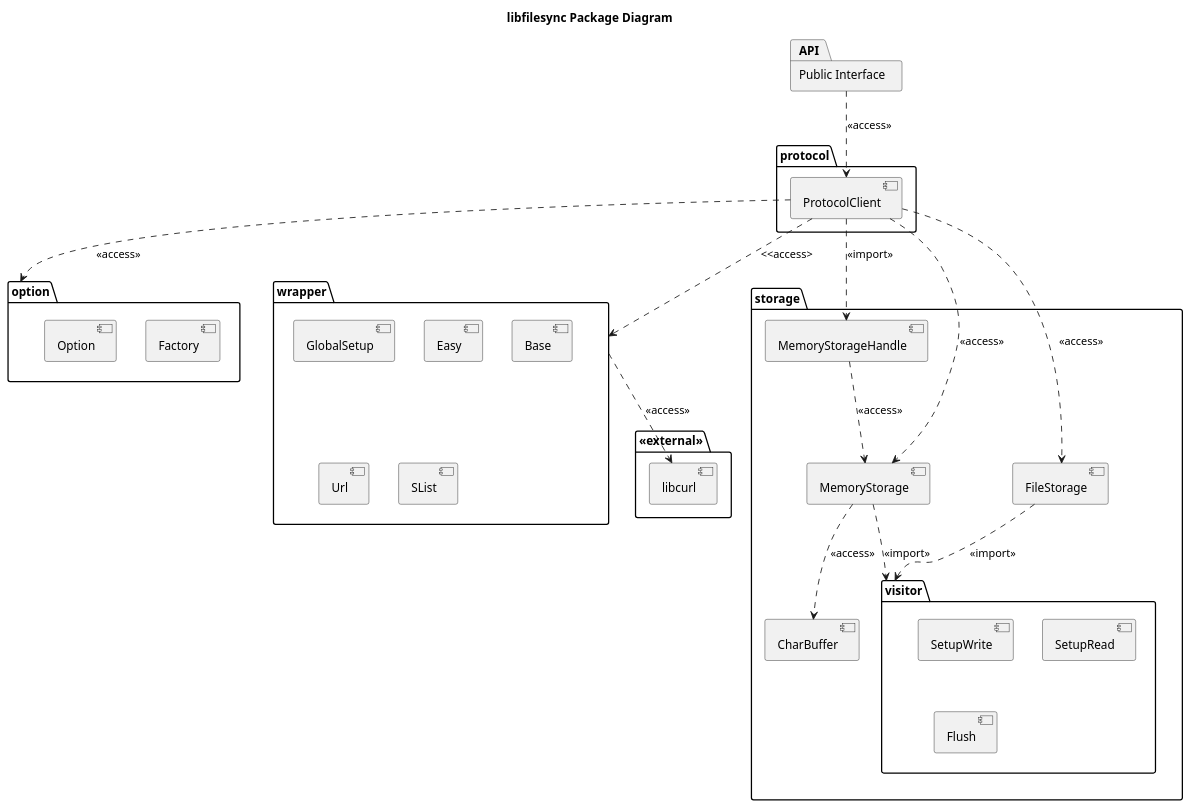
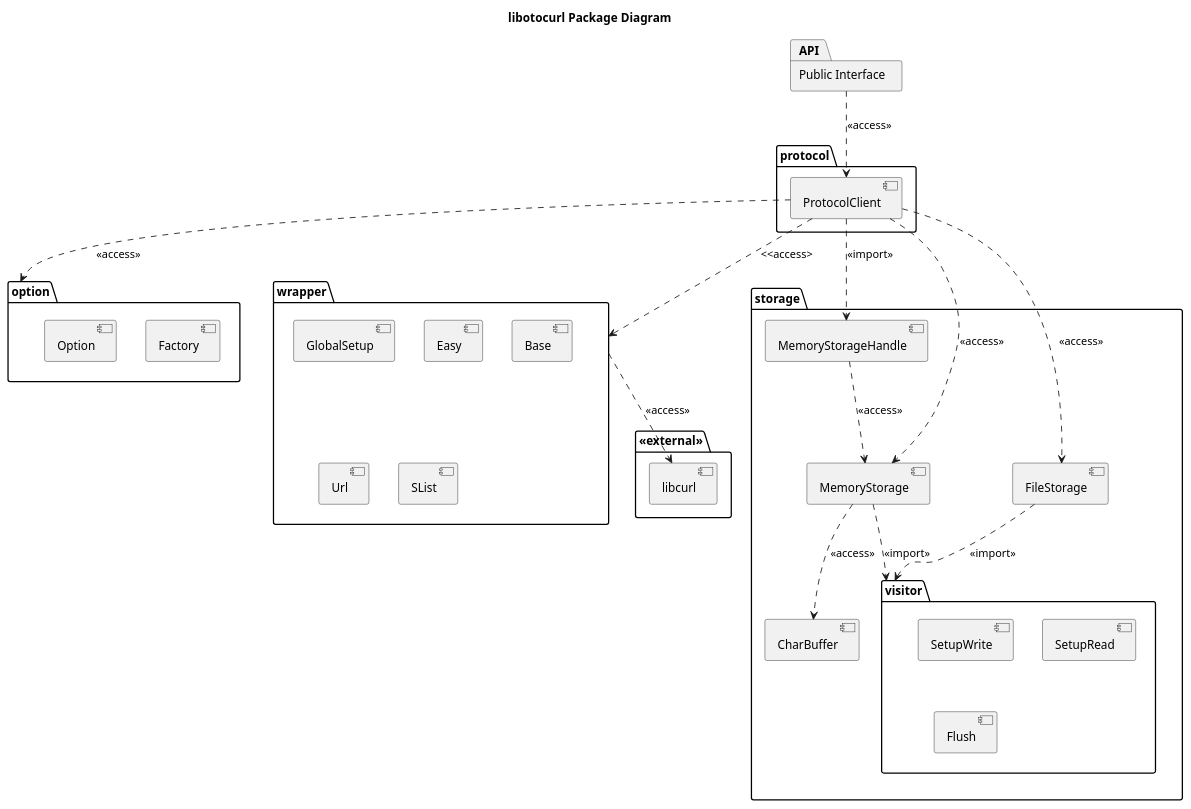
The diagram in libotocurl/doc/package.puml (kfpgk/libotocurl), drawn with PlantUML before and after one commit.

Commit message:
Fix title of top level package diagram

```diff
--- a/libotocurl/doc/package.puml
+++ b/libotocurl/doc/package.puml
@@ -1,57 +1,57 @@
-@startuml libfilesync-package
+@startuml libotocurl-package
 
-title libfilesync Package Diagram
+title libotocurl Package Diagram
 
 package "Public Interface" as API
 
 package "protocol" {
     [ProtocolClient]
 }
 
 package "option" {
     [Factory]
     [Option]
 }
 
 package "wrapper" {
     [GlobalSetup]
     [Easy]
     [Base]
     [Url]
     [SList]
 }
 
 package "storage" {
     [FileStorage]
     [MemoryStorage]
     [MemoryStorageHandle]
     [CharBuffer]
     package "visitor" {
         [SetupWrite]
         [SetupRead]
         [Flush]
     }
 }
 
 package "<<external>>" {
     [libcurl]
 }
 
 API ..> ProtocolClient : <<access>>
 
 ProtocolClient ..> FileStorage : <<access>>
 ProtocolClient ..> MemoryStorage : <<access>>
 ProtocolClient ..> MemoryStorageHandle : <<import>>
 
 ProtocolClient ..> option : <<access>>
 ProtocolClient ..> wrapper : <<access>
 
 FileStorage ..> visitor : <<import>>
 MemoryStorage ..> visitor : <<import>>
 MemoryStorage ..> CharBuffer : <<access>>
 
 MemoryStorageHandle ..> MemoryStorage : <<access>>
 
 wrapper ..> libcurl : <<access>>
 
 @enduml
```
